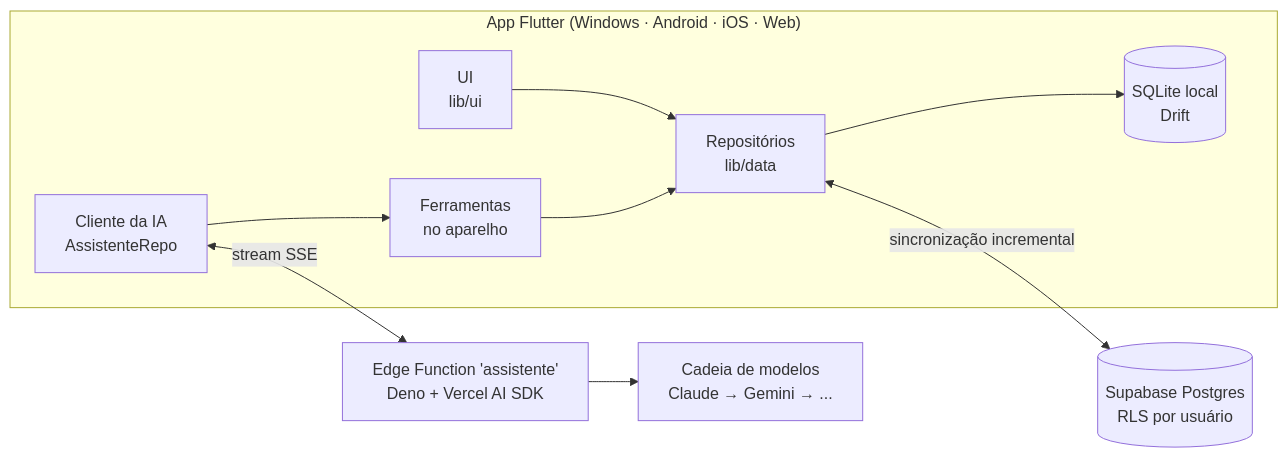
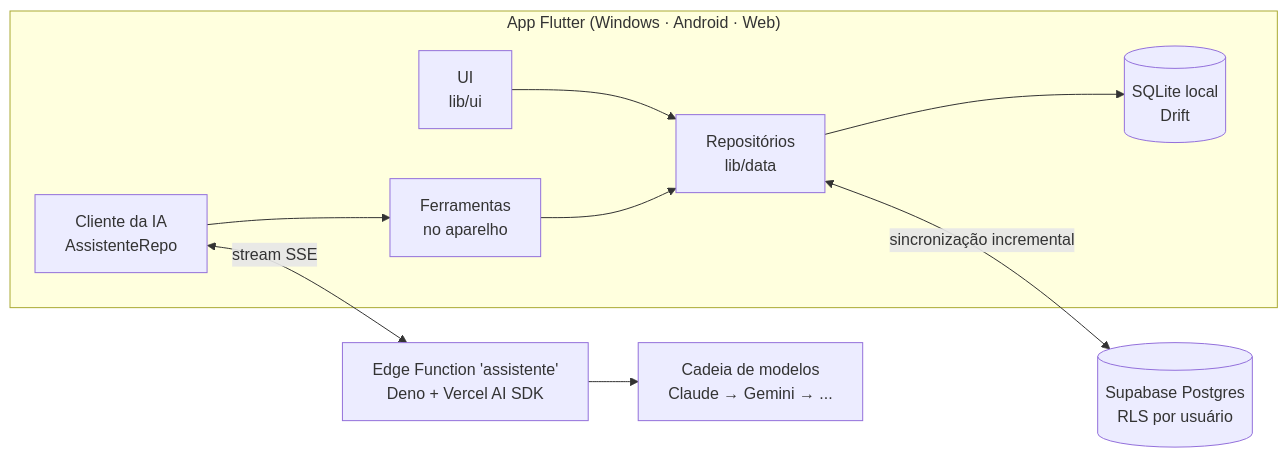
The diagram in README.md (Maraath/aurora), drawn with Mermaid before and after one commit. The commit also changed other lines of this file and 70 other files, not shown here.

````diff
--- a/README.md
+++ b/README.md
@@ -103,12 +103,12 @@
 ```mermaid
 flowchart LR
-    subgraph App["App Flutter (Windows · Android · iOS · Web)"]
+    subgraph App["App Flutter (Windows · Android · Web)"]
         UI["UI<br/>lib/ui"] --> Repo["Repositórios<br/>lib/data"]
         Repo --> DB[("SQLite local<br/>Drift")]
         IA["Cliente da IA<br/>AssistenteRepo"] --> Ferr["Ferramentas<br/>no aparelho"]
         Ferr --> Repo
     end
     Repo <-->|"sincronização incremental"| PG[("Supabase Postgres<br/>RLS por usuário")]
     IA <-->|"stream SSE"| EF["Edge Function 'assistente'<br/>Deno + Vercel AI SDK"]
     EF --> Modelos["Cadeia de modelos<br/>Claude → Gemini → ..."]
 ```
````
